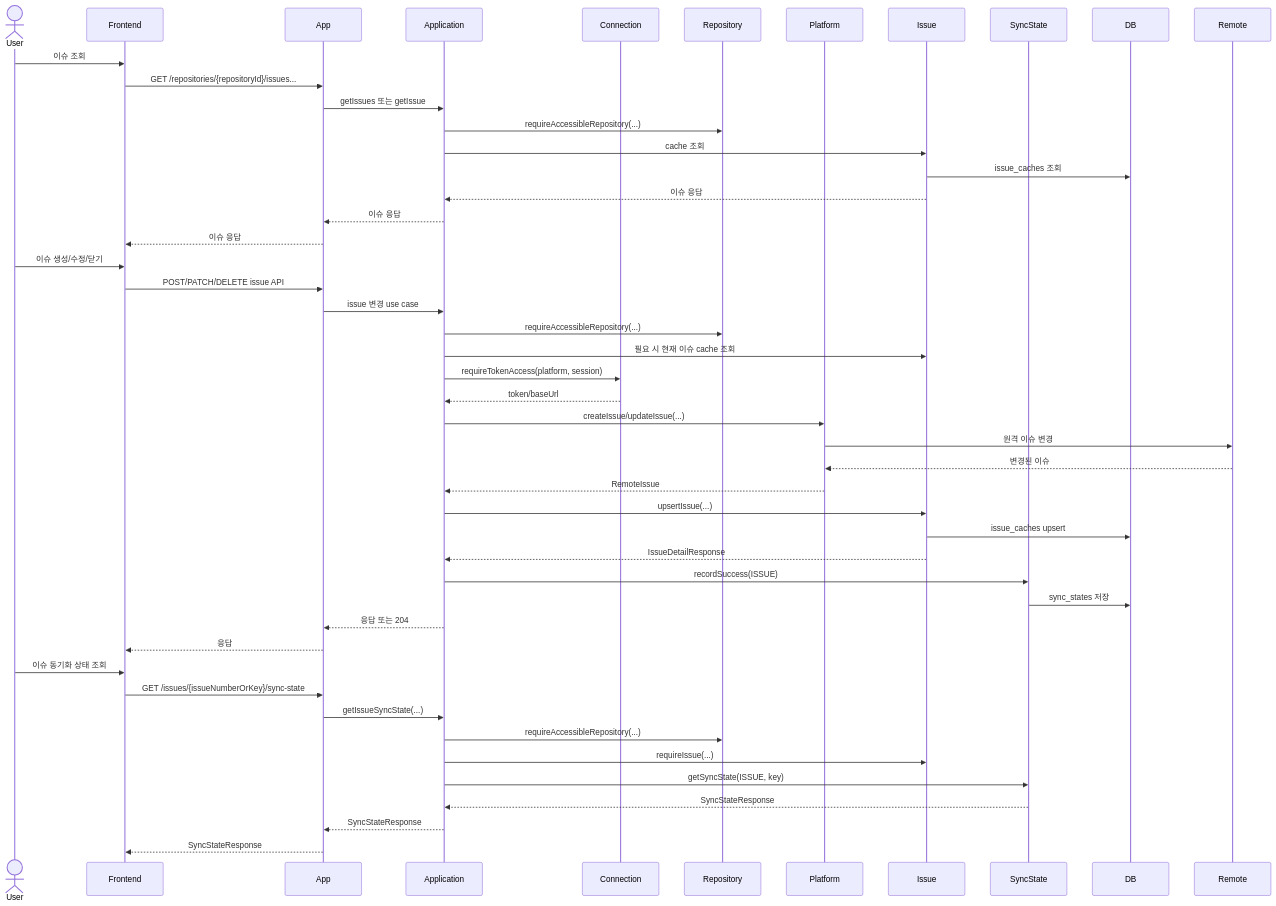
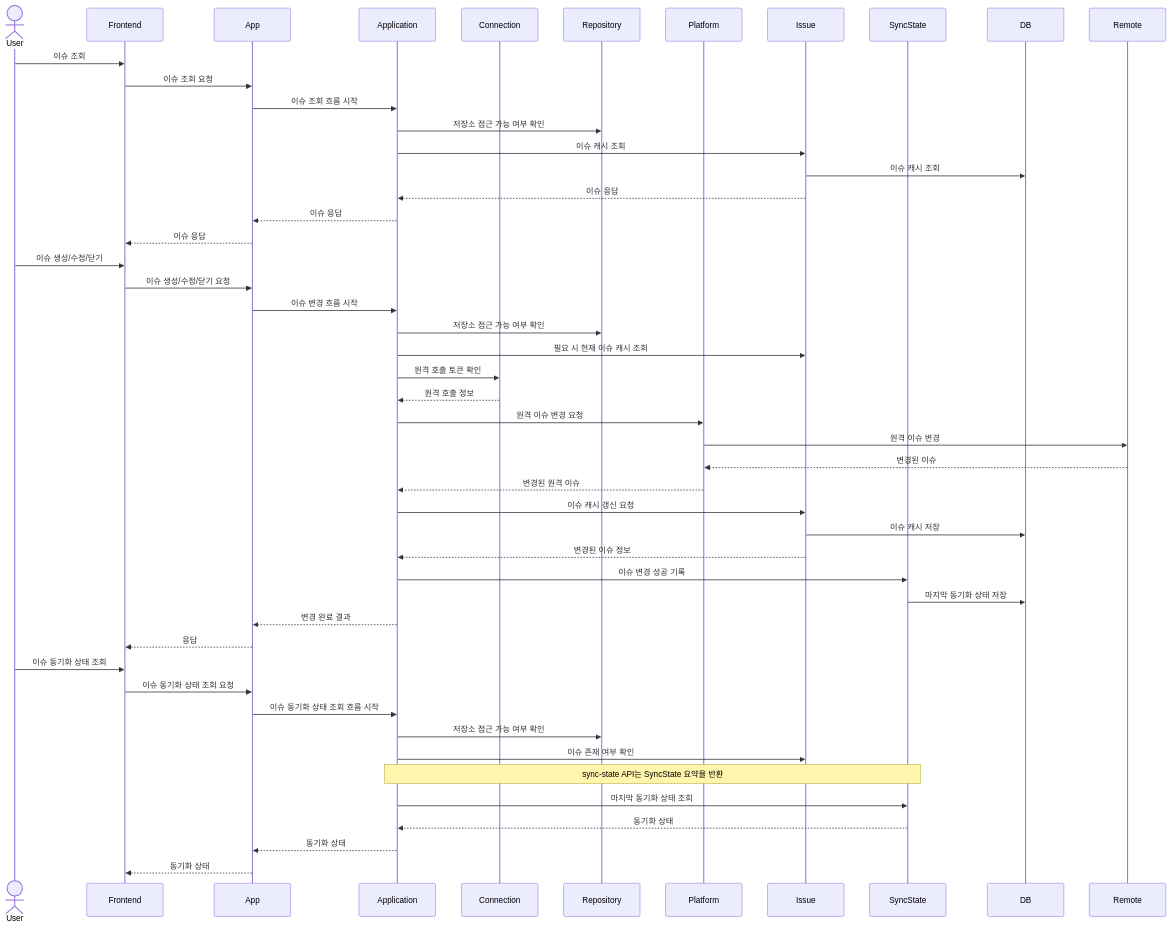
Before and after one commit to Jungwoook/github-issue-manager: the sixth of 11 diagrams in docs/11-use-case-sequence-diagrams.md, drawn with Mermaid. The commit also changed other lines of this file and 3 other files, not shown here.

````diff
--- a/docs/11-use-case-sequence-diagrams.md
+++ b/docs/11-use-case-sequence-diagrams.md
@@ -182,53 +186,54 @@
 ```mermaid
 sequenceDiagram
     actor User
     participant Frontend
     participant App
     participant Application
     participant Connection
     participant Repository
     participant Platform
     participant Issue
     participant SyncState
     participant DB
     participant Remote
 
     User->>Frontend: 이슈 조회
-    Frontend->>App: GET /repositories/{repositoryId}/issues...
-    App->>Application: getIssues 또는 getIssue
-    Application->>Repository: requireAccessibleRepository(...)
-    Application->>Issue: cache 조회
-    Issue->>DB: issue_caches 조회
+    Frontend->>App: 이슈 조회 요청
+    App->>Application: 이슈 조회 흐름 시작
+    Application->>Repository: 저장소 접근 가능 여부 확인
+    Application->>Issue: 이슈 캐시 조회
+    Issue->>DB: 이슈 캐시 조회
     Issue-->>Application: 이슈 응답
     Application-->>App: 이슈 응답
     App-->>Frontend: 이슈 응답
 
     User->>Frontend: 이슈 생성/수정/닫기
-    Frontend->>App: POST/PATCH/DELETE issue API
-    App->>Application: issue 변경 use case
-    Application->>Repository: requireAccessibleRepository(...)
-    Application->>Issue: 필요 시 현재 이슈 cache 조회
-    Application->>Connection: requireTokenAccess(platform, session)
-    Connection-->>Application: token/baseUrl
-    Application->>Platform: createIssue/updateIssue(...)
+    Frontend->>App: 이슈 생성/수정/닫기 요청
+    App->>Application: 이슈 변경 흐름 시작
+    Application->>Repository: 저장소 접근 가능 여부 확인
+    Application->>Issue: 필요 시 현재 이슈 캐시 조회
+    Application->>Connection: 원격 호출 토큰 확인
+    Connection-->>Application: 원격 호출 정보
+    Application->>Platform: 원격 이슈 변경 요청
     Platform->>Remote: 원격 이슈 변경
     Remote-->>Platform: 변경된 이슈
-    Platform-->>Application: RemoteIssue
-    Application->>Issue: upsertIssue(...)
-    Issue->>DB: issue_caches upsert
-    Issue-->>Application: IssueDetailResponse
-    Application->>SyncState: recordSuccess(ISSUE)
-    SyncState->>DB: sync_states 저장
-    Application-->>App: 응답 또는 204
+    Platform-->>Application: 변경된 원격 이슈
+    Application->>Issue: 이슈 캐시 갱신 요청
+    Issue->>DB: 이슈 캐시 저장
+    Issue-->>Application: 변경된 이슈 정보
+    Application->>SyncState: 이슈 변경 성공 기록
+    SyncState->>DB: 마지막 동기화 상태 저장
+    Application-->>App: 변경 완료 결과
     App-->>Frontend: 응답
 
     User->>Frontend: 이슈 동기화 상태 조회
-    Frontend->>App: GET /issues/{issueNumberOrKey}/sync-state
-    App->>Application: getIssueSyncState(...)
-    Application->>Repository: requireAccessibleRepository(...)
-    Application->>Issue: requireIssue(...)
-    Application->>SyncState: getSyncState(ISSUE, key)
-    SyncState-->>Application: SyncStateResponse
-    Application-->>App: SyncStateResponse
-    App-->>Frontend: SyncStateResponse
+    Frontend->>App: 이슈 동기화 상태 조회 요청
+    App->>Application: 이슈 동기화 상태 조회 흐름 시작
+    Application->>Repository: 저장소 접근 가능 여부 확인
+    Application->>Issue: 이슈 존재 여부 확인
+    Note over Application,SyncState: sync-state API는 SyncState 요약을 반환
+    Application->>SyncState: 마지막 동기화 상태 조회
+    SyncState-->>Application: 동기화 상태
+    Application-->>App: 동기화 상태
+    App-->>Frontend: 동기화 상태
 ```
````
